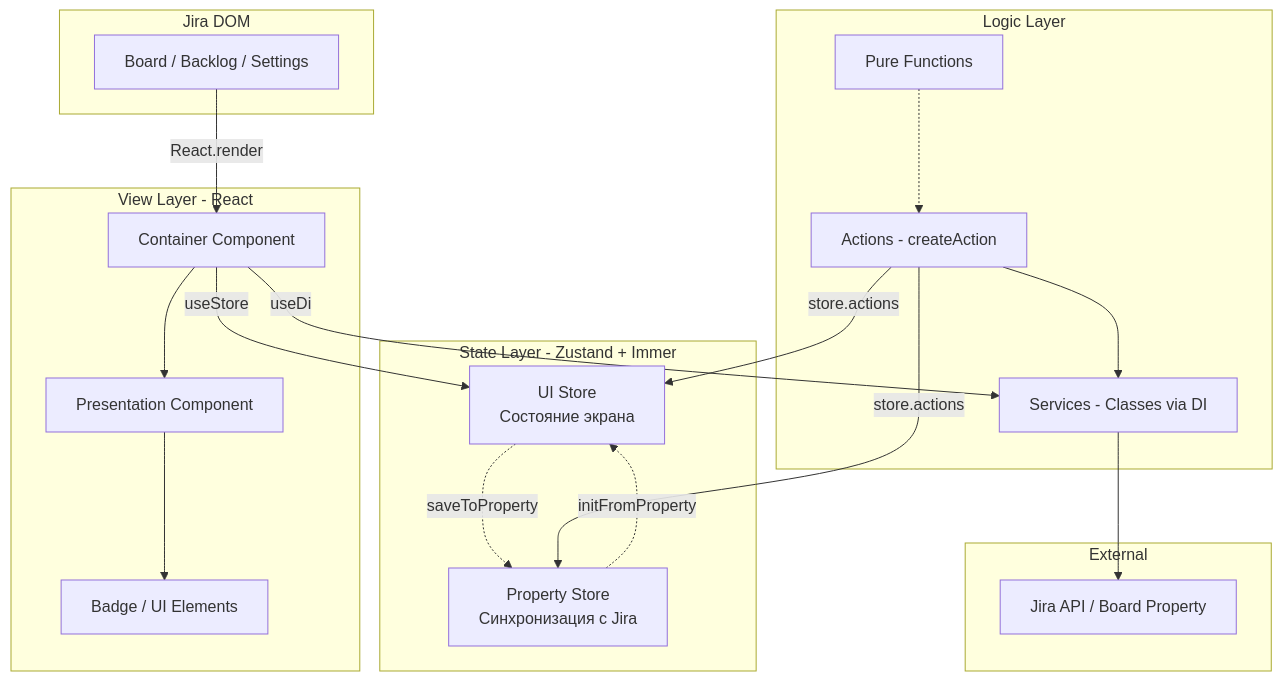
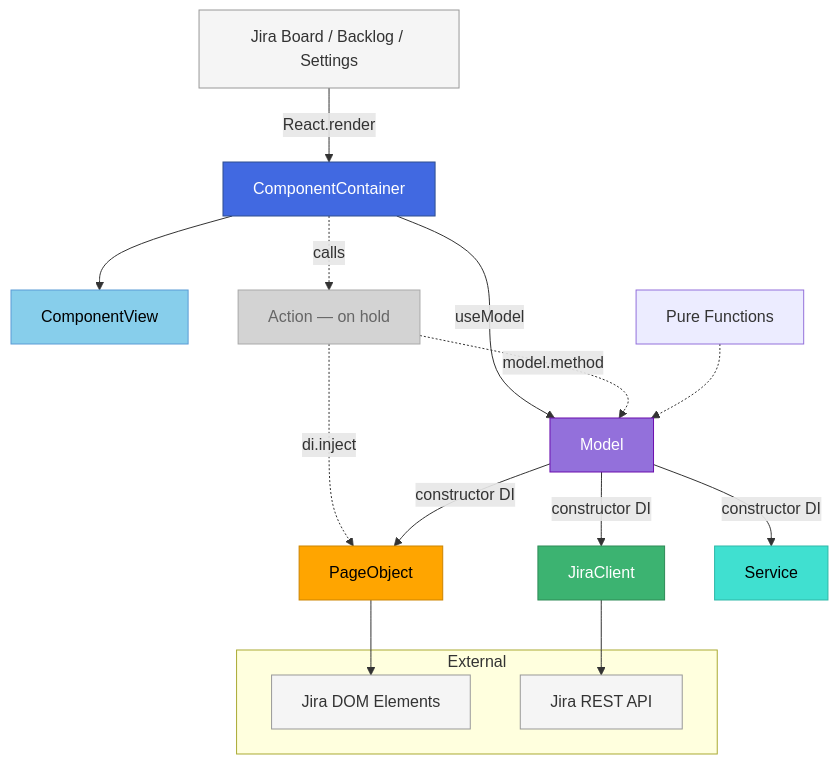
Before and after one commit to jira-helper/jira-helper: the first of 2 diagrams in docs/architecture_guideline.md, drawn with Mermaid. The commit also changed other lines of this file and 14 other files, not shown here.

````diff
--- a/docs/architecture_guideline.md
+++ b/docs/architecture_guideline.md
@@ -8,39 +8,49 @@
 ```mermaid
 flowchart TB
-    subgraph JiraDom [Jira DOM]
-        DOM[Board / Backlog / Settings]
+    subgraph External [External]
+        JiraDOMElements[Jira DOM Elements]
+        JiraAPI[Jira REST API]
     end
 
-    subgraph View [View Layer - React]
-        Container[Container Component]
-        Presentation[Presentation Component]
-        Badge[Badge / UI Elements]
-        Container --> Presentation --> Badge
-    end
+    DOM[Jira Board / Backlog / Settings]
 
-    subgraph State [State Layer - Zustand + Immer]
-        PropertyStore[Property Store<br/>Синхронизация с Jira]
-        UIStore[UI Store<br/>Состояние экрана]
-        PropertyStore -.->|initFromProperty| UIStore
-        UIStore -.->|saveToProperty| PropertyStore
-    end
-
-    subgraph Logic [Logic Layer]
-        Actions[Actions - createAction]
-        PureFunctions[Pure Functions]
-        Services[Services - Classes via DI]
-    end
-
-    subgraph External [External]
-        JiraAPI[Jira API / Board Property]
-    end
+    Container[ComponentContainer]
+    View[ComponentView]
+    Model[Model]
+    Action[Action — on hold]
+    PageObject[PageObject]
+    JiraClient[JiraClient]
+    Service[Service]
+    PureFunctions[Pure Functions]
 
     DOM -->|React.render| Container
-    Container -->|useStore| UIStore
-    Container -->|useDi| Services
-    Actions -->|store.actions| PropertyStore
-    Actions -->|store.actions| UIStore
-    Services --> JiraAPI
-    Actions --> Services
-    PureFunctions -.-> Actions
+    Container -->|useModel| Model
+    Container --> View
+    Container -.->|calls| Action
+    Action -.->|model.method| Model
+    Action -.->|di.inject| PageObject
+    Model -->|constructor DI| JiraClient
+    Model -->|constructor DI| PageObject
+    Model -->|constructor DI| Service
+    PageObject --> JiraDOMElements
+    JiraClient --> JiraAPI
+    PureFunctions -.-> Model
+
+    classDef viewStyle fill:#87CEEB,stroke:#5B9BD5,color:#000
+    classDef containerStyle fill:#4169E1,stroke:#2F4F8F,color:#fff
+    classDef modelStyle fill:#9370DB,stroke:#6A0DAD,color:#fff
+    classDef pageObjectStyle fill:#FFA500,stroke:#CC8400,color:#000
+    classDef jiraClientStyle fill:#3CB371,stroke:#2E8B57,color:#fff
+    classDef serviceStyle fill:#40E0D0,stroke:#2EB8A8,color:#000
+    classDef actionStyle fill:#D3D3D3,stroke:#A9A9A9,color:#666
+    classDef externalStyle fill:#f5f5f5,stroke:#999,color:#333
+
+    class View viewStyle
+    class Container containerStyle
+    class Model modelStyle
+    class PageObject pageObjectStyle
+    class JiraClient jiraClientStyle
+    class Service serviceStyle
+    class Action actionStyle
+    class DOM,JiraDOMElements,JiraAPI externalStyle
 ```
````
